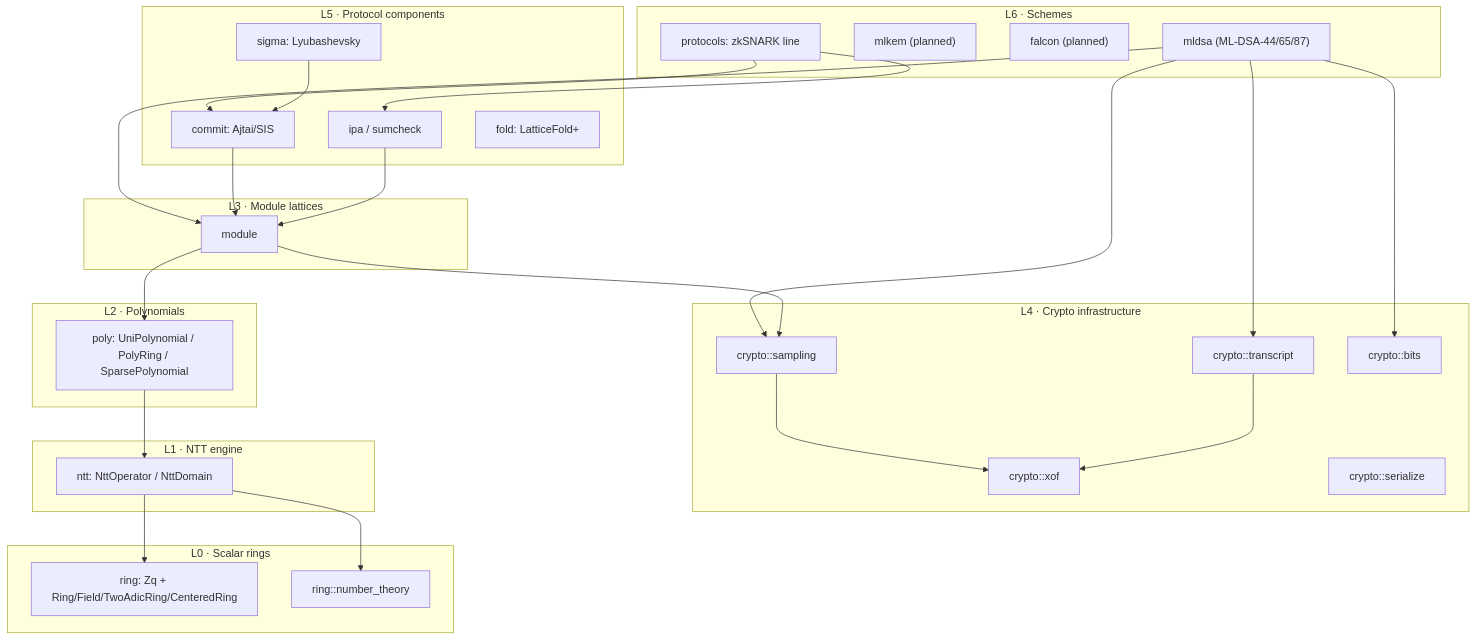
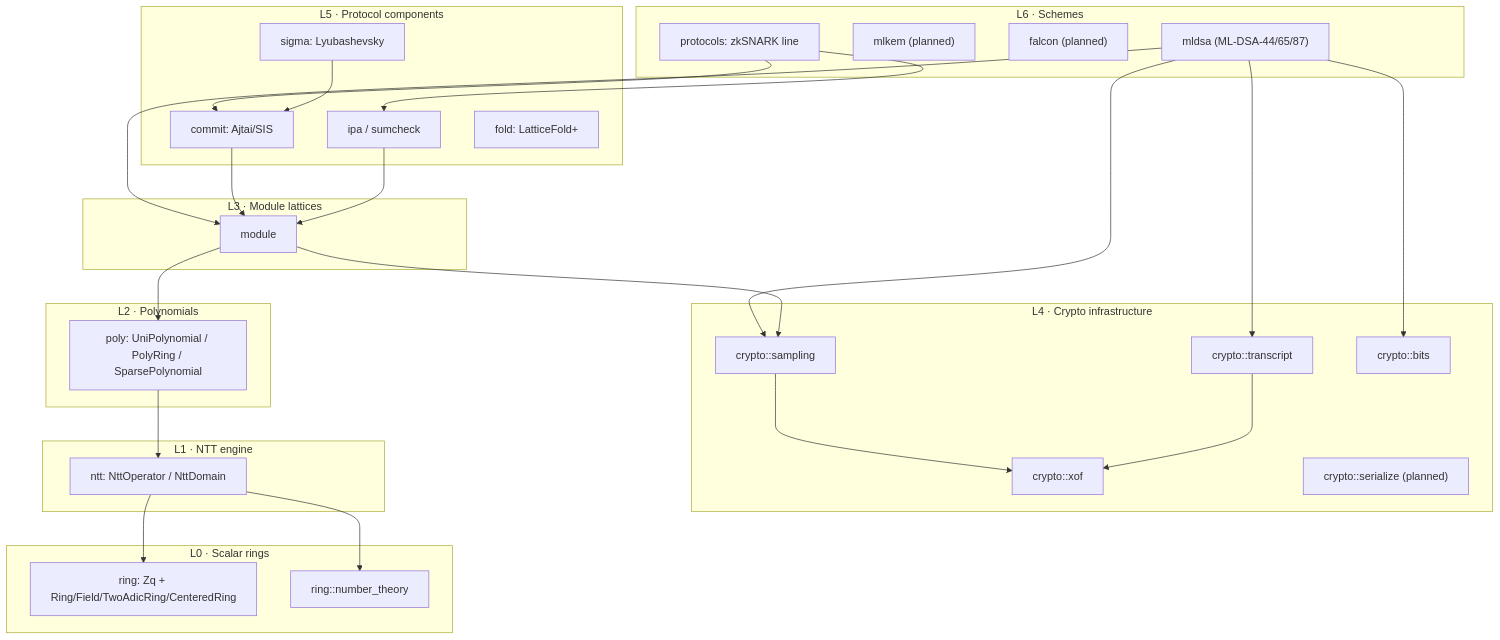
The diagram in docs/src/pages/design/module-map.mdx (SuccinctPaul/lattice-algebra-rs), drawn with Mermaid before and after one commit. The commit also changed other lines of this file and 57 other files, not shown here.

````diff
--- a/docs/src/pages/design/module-map.mdx
+++ b/docs/src/pages/design/module-map.mdx
@@ -21,51 +22,51 @@
 ```mermaid
 flowchart TB
     subgraph L6["L6 · Schemes"]
         MLDSA["mldsa (ML-DSA-44/65/87)"]
         MLKEM["mlkem (planned)"]
         FALCON["falcon (planned)"]
         ZK["protocols: zkSNARK line"]
     end
     subgraph L5["L5 · Protocol components"]
         COMMIT["commit: Ajtai/SIS"]
         SIGMA["sigma: Lyubashevsky"]
         IPA["ipa / sumcheck"]
         FOLD["fold: LatticeFold+"]
     end
     subgraph L4["L4 · Crypto infrastructure"]
         XOF["crypto::xof"]
         SAMP["crypto::sampling"]
         TR["crypto::transcript"]
         BITS["crypto::bits"]
-        SER["crypto::serialize"]
+        SER["crypto::serialize (planned)"]
     end
     subgraph L3["L3 · Module lattices"]
         MOD["module"]
     end
     subgraph L2["L2 · Polynomials"]
         POLY["poly: UniPolynomial / PolyRing / SparsePolynomial"]
     end
     subgraph L1["L1 · NTT engine"]
         NTT["ntt: NttOperator / NttDomain"]
     end
     subgraph L0["L0 · Scalar rings"]
         RING["ring: Zq + Ring/Field/TwoAdicRing/CenteredRing"]
         NT["ring::number_theory"]
     end
     MLDSA --> MOD
     MLDSA --> SAMP
     MLDSA --> TR
     MLDSA --> BITS
     ZK --> COMMIT
     ZK --> IPA
     COMMIT --> MOD
     IPA --> MOD
     SIGMA --> COMMIT
     MOD --> POLY
     MOD --> SAMP
     POLY --> NTT
     SAMP --> XOF
     TR --> XOF
     NTT --> RING
     NTT --> NT
 ```
````
